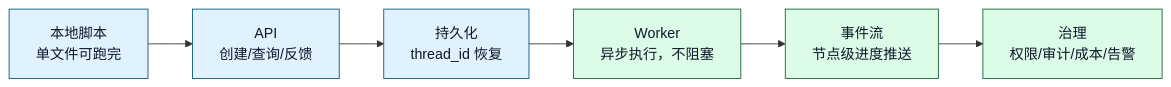
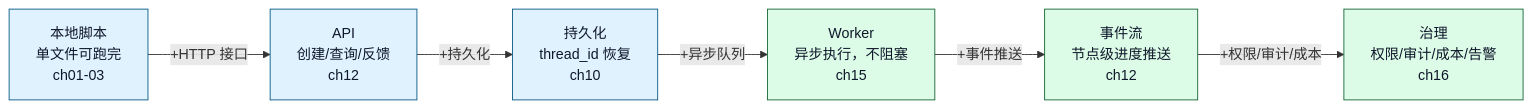
Diagram 12 of 13 in ai-agent学习/06.LangGraph入门/16.LangGraph业务落地项目架构.md (sealzrt/2026-08--agent), drawn with Mermaid before and after one commit. The commit also changed other lines of this file and 95 other files, not shown here.

````diff
--- a/ai-agent学习/06.LangGraph入门/16.LangGraph业务落地项目架构.md
+++ b/ai-agent学习/06.LangGraph入门/16.LangGraph业务落地项目架构.md
@@ -446,12 +495,12 @@
 ```mermaid
 flowchart LR
-    A["本地脚本<br/>单文件可跑完"] --> B["API<br/>创建/查询/反馈"]
-    B --> C["持久化<br/>thread_id 恢复"]
-    C --> D["Worker<br/>异步执行，不阻塞"]
-    D --> E["事件流<br/>节点级进度推送"]
-    E --> F["治理<br/>权限/审计/成本/告警"]
+    A["本地脚本<br/>单文件可跑完<br/>ch01-03"] -->|+HTTP 接口| B["API<br/>创建/查询/反馈<br/>ch12"]
+    B -->|+持久化| C["持久化<br/>thread_id 恢复<br/>ch10"]
+    C -->|+异步队列| D["Worker<br/>异步执行，不阻塞<br/>ch15"]
+    D -->|+事件推送| E["事件流<br/>节点级进度推送<br/>ch12"]
+    E -->|+权限/审计/成本| F["治理<br/>权限/审计/成本/告警<br/>ch16"]
     classDef core fill:#e0f2fe,stroke:#075985,color:#0f172a
     classDef cap fill:#dcfce7,stroke:#166534,color:#0f172a
     class A,B,C core
     class D,E,F cap
 ```
````
